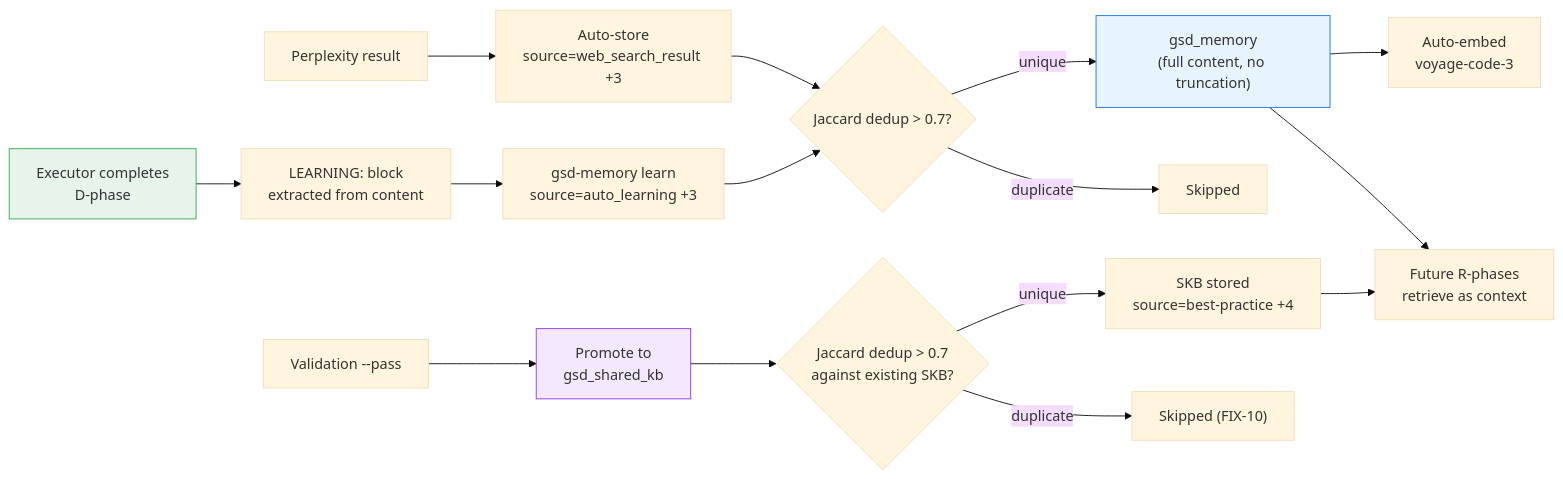
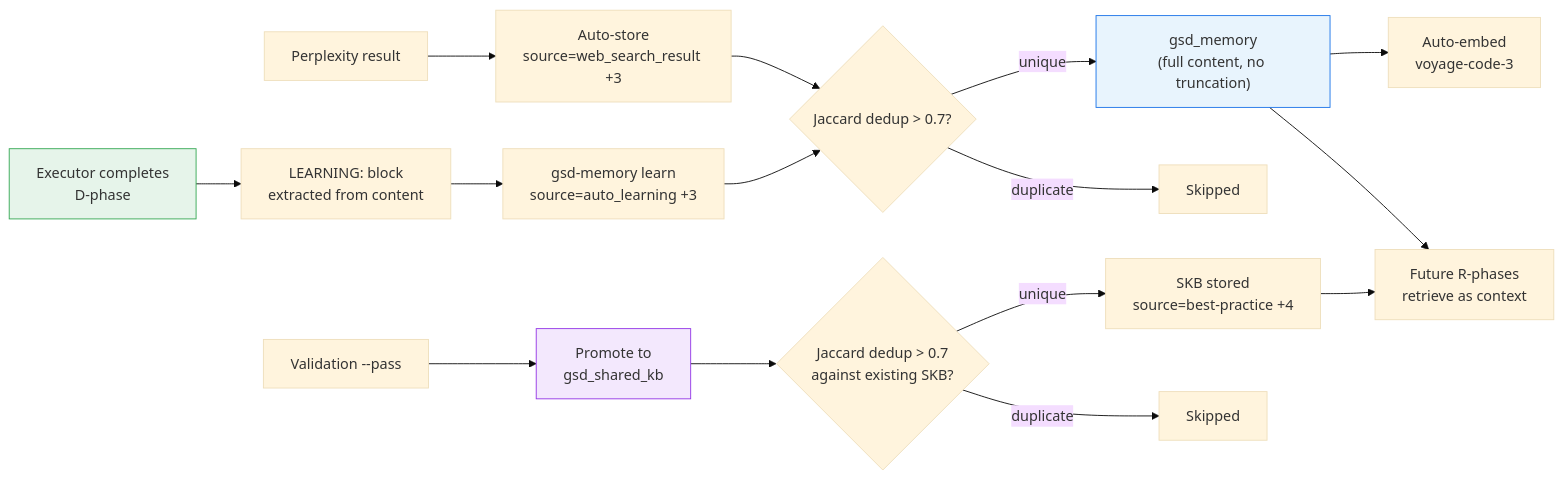
One commit to Luiscmogrovejo/gsd-amauta changed the eighth of 9 diagrams in README.md. Above: the diagram before and after it, drawn with Mermaid (base theme). The commit also changed other lines of this file, not shown here.

````diff
--- a/README.md
+++ b/README.md
@@ -611,25 +1421,25 @@
 ```mermaid
 flowchart LR
     EXEC["Executor completes<br/>D-phase"] --> LEARN["LEARNING: block<br/>extracted from content"]
     LEARN --> STORE["gsd-memory learn<br/>source=auto_learning +3"]
     STORE --> DEDUP{"Jaccard dedup > 0.7?"}
     DEDUP -->|unique| MEM["gsd_memory<br/>(full content, no truncation)"]
     DEDUP -->|duplicate| SKIP["Skipped"]
 
     MEM --> EMBED["Auto-embed<br/>voyage-code-3"]
 
     VALID["Validation --pass"] --> SKB["Promote to<br/>gsd_shared_kb"]
     SKB --> SKBDEDUP{"Jaccard dedup > 0.7<br/>against existing SKB?"}
     SKBDEDUP -->|unique| SKBSTORE["SKB stored<br/>source=best-practice +4"]
-    SKBDEDUP -->|duplicate| SKBSKIP["Skipped (FIX-10)"]
+    SKBDEDUP -->|duplicate| SKBSKIP["Skipped"]
 
     PPX["Perplexity result"] --> PPXSTORE["Auto-store<br/>source=web_search_result +3"]
     PPXSTORE --> DEDUP
 
     SKBSTORE --> FUTURE["Future R-phases<br/>retrieve as context"]
     MEM --> FUTURE
 
     style EXEC fill:#e6f4ea,stroke:#34a853
     style SKB fill:#f3e8fd,stroke:#9334e6
     style MEM fill:#e8f4fd,stroke:#1a73e8
 ```
````
